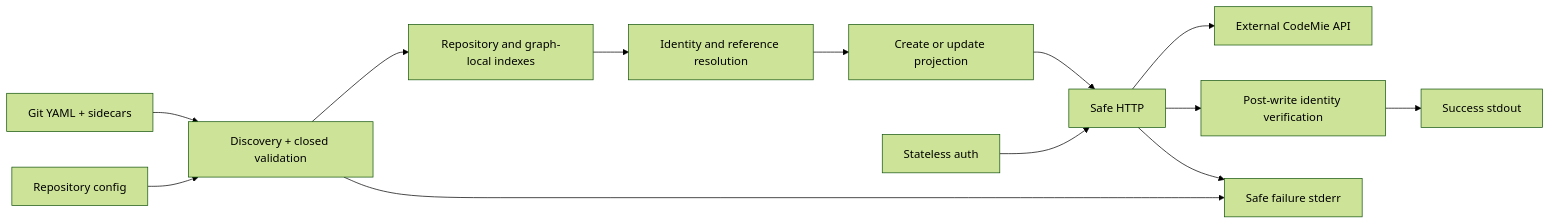
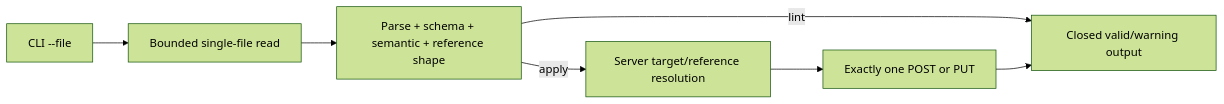
Before and after one commit to matrizaev/codemie-gitops: the diagram in specs/codemie-cicd-tool/plan.md, drawn with Mermaid (forest theme). The commit also changed other lines of this file and 112 other files, not shown here.

````diff
--- a/specs/codemie-cicd-tool/plan.md
+++ b/specs/codemie-cicd-tool/plan.md
@@ -266,15 +173,9 @@
 ```mermaid
 flowchart LR
-  Git[Git YAML + sidecars] --> Local[Discovery + closed validation]
-  Config[Repository config] --> Local
-  Local --> Index[Repository and graph-local indexes]
-  Index --> Resolve[Identity and reference resolution]
-  Resolve --> Project[Create or update projection]
-  Auth[Stateless auth] --> HTTP[Safe HTTP]
-  Project --> HTTP
-  HTTP --> API[External CodeMie API]
-  HTTP --> Verify[Post-write identity verification]
-  Verify --> Out[Success stdout]
-  Local --> Err[Safe failure stderr]
-  HTTP --> Err
+    CLI[CLI --file] --> Read[Bounded single-file read]
+    Read --> Validate[Parse + schema + semantic + reference shape]
+    Validate -->|lint| Output[Closed valid/warning output]
+    Validate -->|apply| Resolve[Server target/reference resolution]
+    Resolve --> Write[Exactly one POST or PUT]
+    Write --> Output
 ```
````
